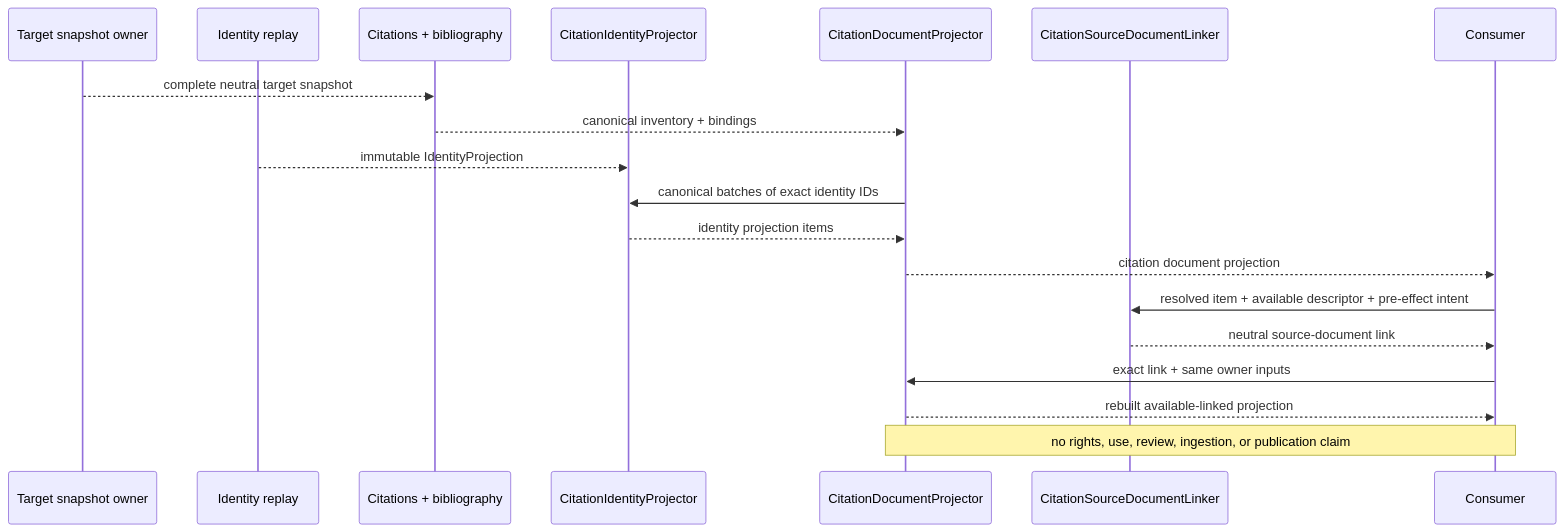
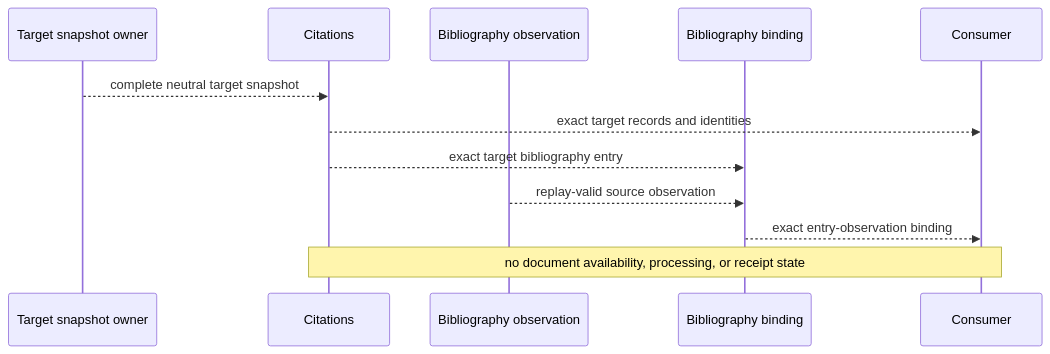
One commit to eragasa/projectkoios-references changed the diagram in docs/architecture/projectkoios/references/implementation.md. Above: the diagram before and after it, drawn with Mermaid. The commit also changed other lines of this file and 54 other files, not shown here.

````diff
--- a/docs/architecture/projectkoios/references/implementation.md
+++ b/docs/architecture/projectkoios/references/implementation.md
@@ -9,21 +8,14 @@
 ```mermaid
 sequenceDiagram
     participant T as Target snapshot owner
-    participant R as Identity replay
-    participant Q as Citations + bibliography
-    participant I as CitationIdentityProjector
-    participant D as CitationDocumentProjector
-    participant L as CitationSourceDocumentLinker
-    participant C as Consumer
-    T-->>Q: complete neutral target snapshot
-    Q-->>D: canonical inventory + bindings
-    R-->>I: immutable IdentityProjection
-    D->>I: canonical batches of exact identity IDs
-    I-->>D: identity projection items
-    D-->>C: citation document projection
-    C->>L: resolved item + available descriptor + pre-effect intent
-    L-->>C: neutral source-document link
-    C->>D: exact link + same owner inputs
-    D-->>C: rebuilt available-linked projection
-    Note over D,C: no rights, use, review, ingestion, or publication claim
+    participant C as Citations
+    participant O as Bibliography observation
+    participant B as Bibliography binding
+    participant X as Consumer
+    T-->>C: complete neutral target snapshot
+    C-->>X: exact target records and identities
+    C-->>B: exact target bibliography entry
+    O-->>B: replay-valid source observation
+    B-->>X: exact entry-observation binding
+    Note over C,X: no document availability, processing, or receipt state
 ```
````
